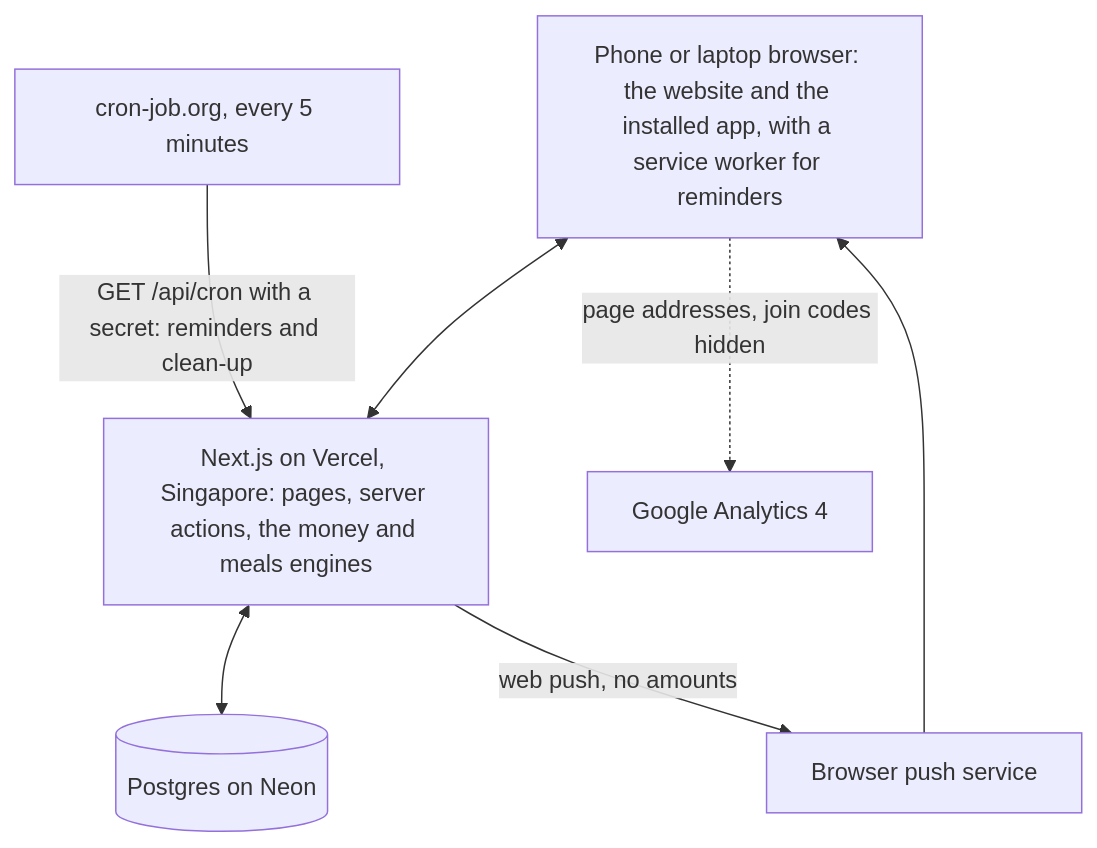
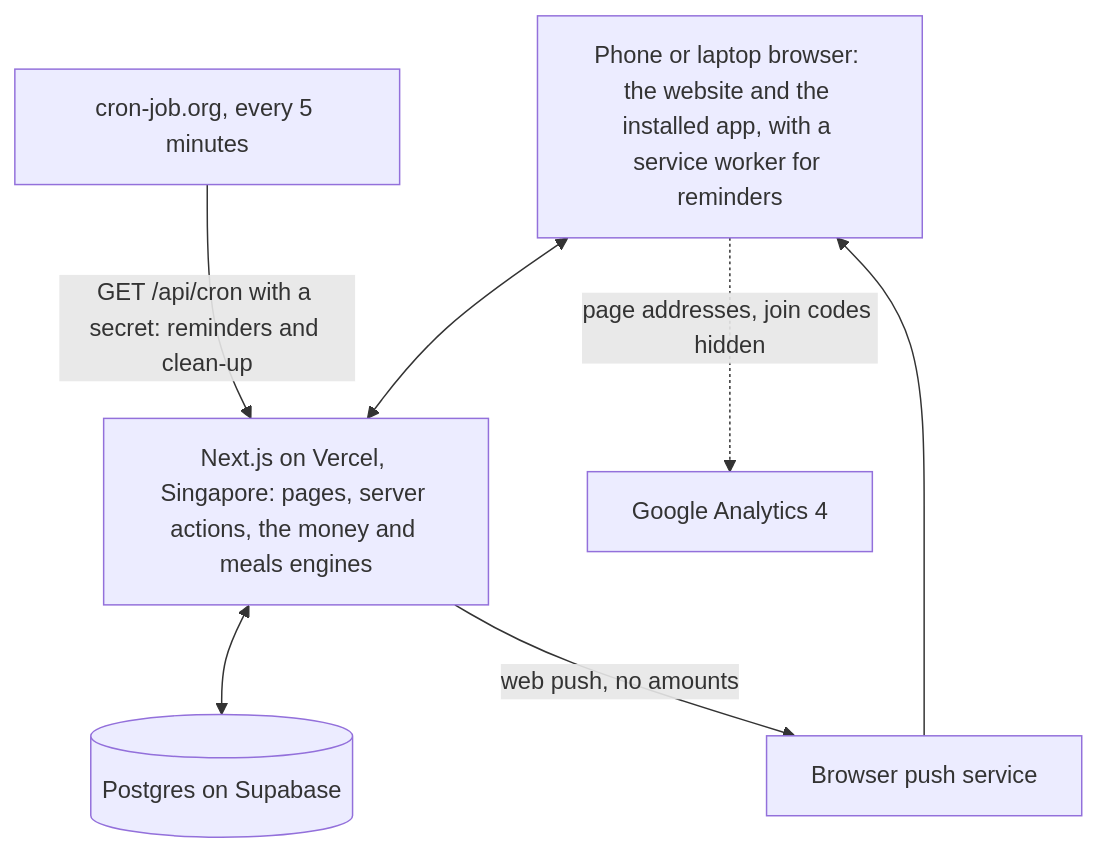
The third of 3 diagrams in README.md (07fahim/bashabook), drawn with Mermaid before and after one commit. The commit also changed other lines of this file and 3 other files, not shown here.

Commit message:
Database: encrypt the connection (postgres.js defaults to plain text and the Supabase pooler string has no sslmode); privacy page and README say Supabase

````diff
--- a/README.md
+++ b/README.md
@@ -143,15 +143,15 @@
 ```mermaid
 flowchart TD
   B["Phone or laptop browser: the website and the installed app, with a service worker for reminders"]
   V["Next.js on Vercel, Singapore: pages, server actions, the money and meals engines"]
-  D[("Postgres on Neon")]
+  D[("Postgres on Supabase")]
   P["Browser push service"]
   C["cron-job.org, every 5 minutes"]
   G["Google Analytics 4"]
   B <--> V
   V <--> D
   C -- "GET /api/cron with a secret: reminders and clean-up" --> V
   V -- "web push, no amounts" --> P
   P --> B
   B -. "page addresses, join codes hidden" .-> G
 ```
````
